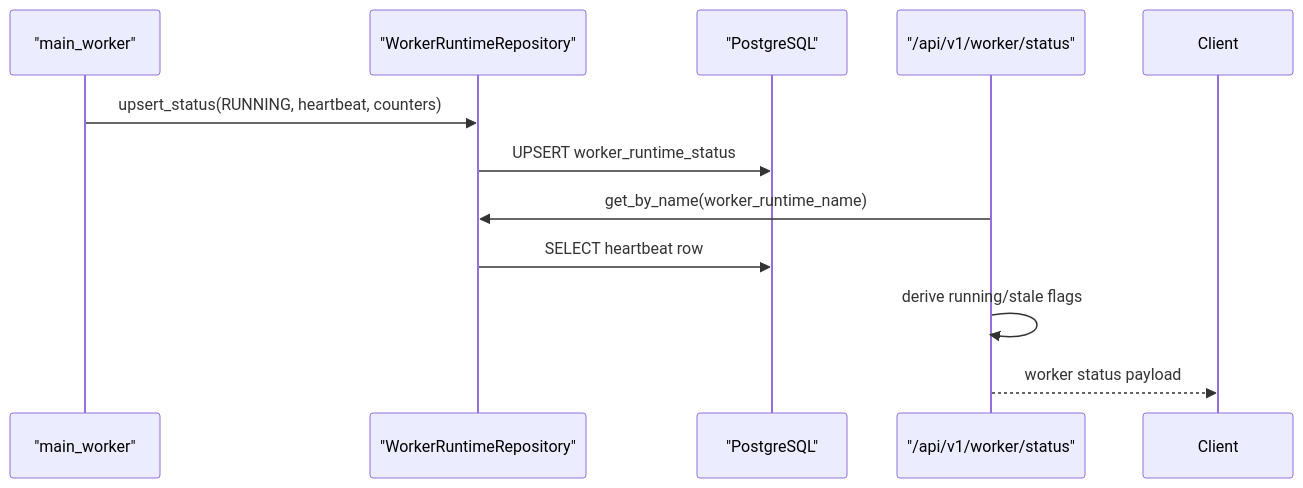
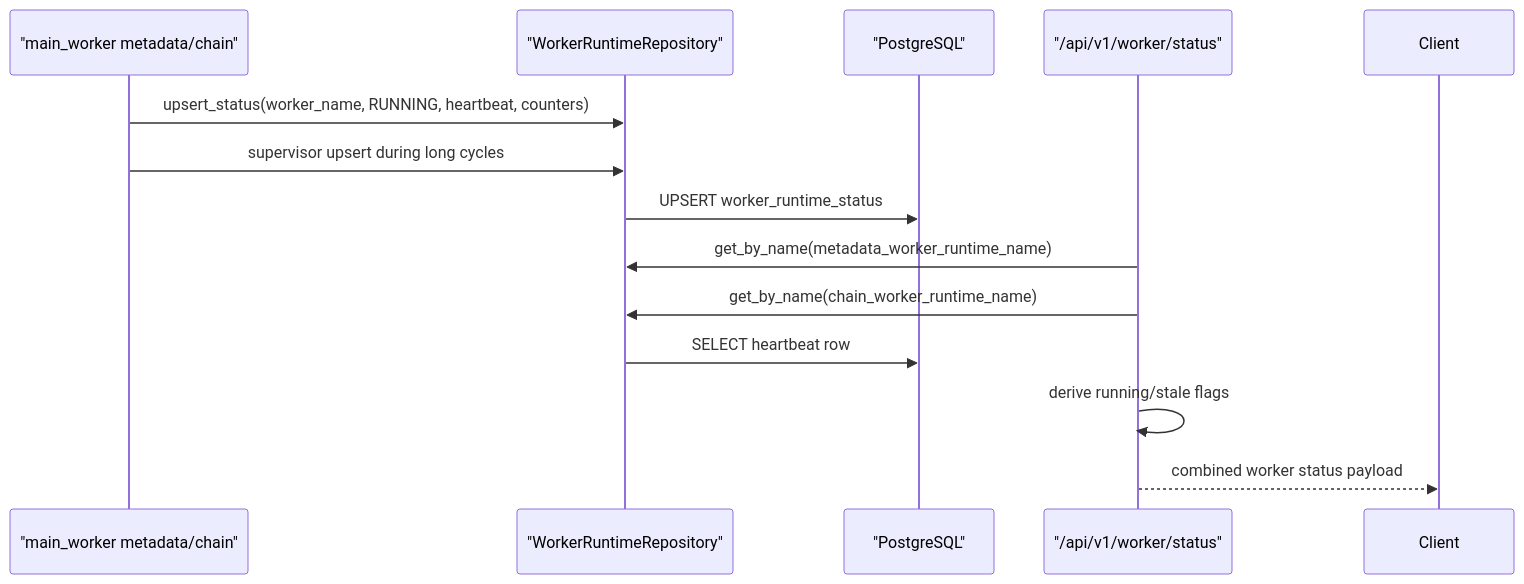
The tenth of 12 diagrams in minter-architecture.md (LA-Referencia-IOI/dark-core-minter-api), drawn with Mermaid before and after one commit. The commit also changed other lines of this file and 42 other files, not shown here.

First line of the commit message:
Split workers for metadata and chain publishing

````diff
--- a/minter-architecture.md
+++ b/minter-architecture.md
@@ -382,14 +429,16 @@
 ```mermaid
 sequenceDiagram
-    participant Worker as "main_worker"
+    participant Worker as "main_worker metadata/chain"
     participant Repo as "WorkerRuntimeRepository"
     participant DB as "PostgreSQL"
     participant API as "/api/v1/worker/status"
 
-    Worker->>Repo: upsert_status(RUNNING, heartbeat, counters)
+    Worker->>Repo: upsert_status(worker_name, RUNNING, heartbeat, counters)
+    Worker->>Repo: supervisor upsert during long cycles
     Repo->>DB: UPSERT worker_runtime_status
-    API->>Repo: get_by_name(worker_runtime_name)
+    API->>Repo: get_by_name(metadata_worker_runtime_name)
+    API->>Repo: get_by_name(chain_worker_runtime_name)
     Repo->>DB: SELECT heartbeat row
     API->>API: derive running/stale flags
-    API-->>Client: worker status payload
+    API-->>Client: combined worker status payload
 ```
````
